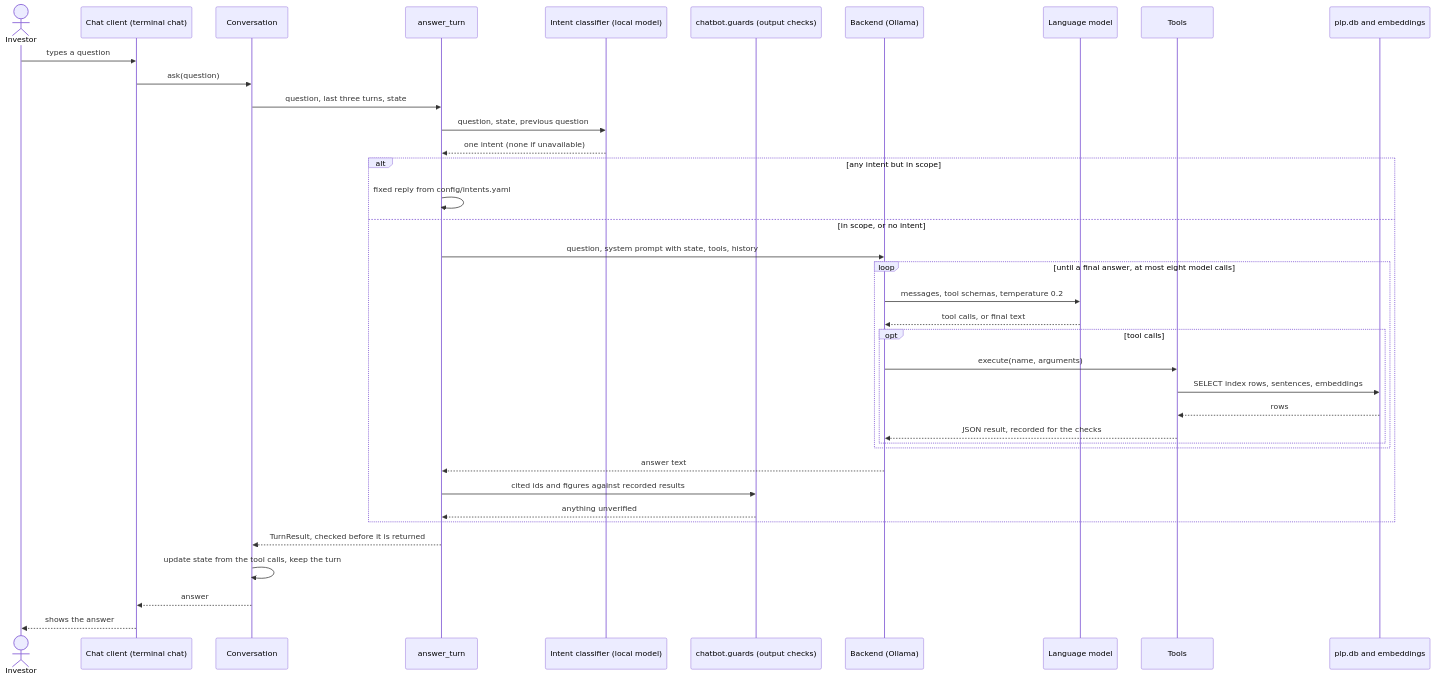
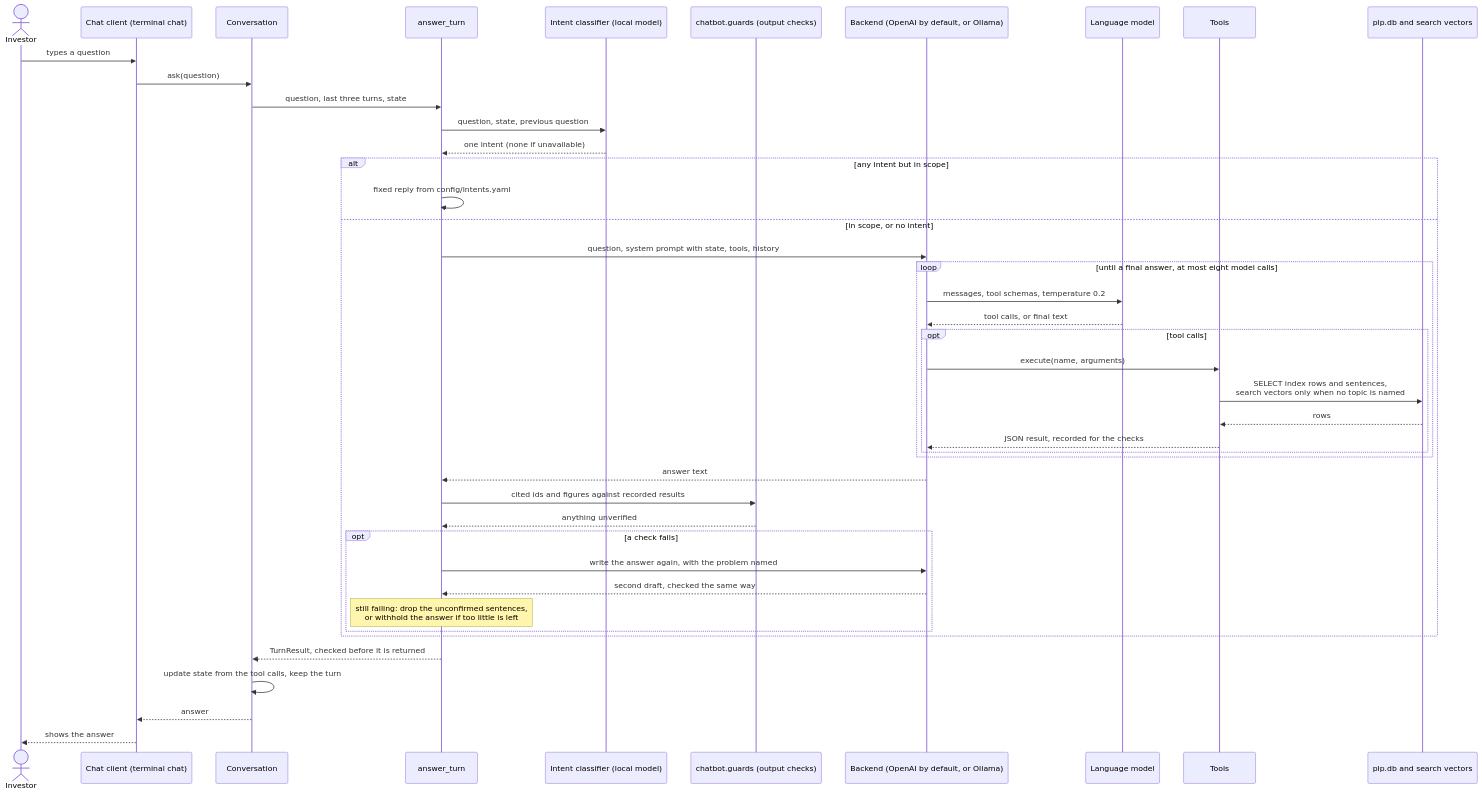
One commit to Gavingyh/plp-project changed the diagram in docs/diagrams/08-chatbot-sequence.md. Above: the diagram before and after it, drawn with Mermaid. The commit also changed other lines of this file and 124 other files, not shown here.

````diff
--- a/docs/diagrams/08-chatbot-sequence.md
+++ b/docs/diagrams/08-chatbot-sequence.md
@@ -7,44 +7,49 @@
 ```mermaid
 sequenceDiagram
   accTitle: Chatbot sequence from a chat client
-  accDescr: The chat client hands the question to the conversation, which asks a local intent classifier first, then runs the model's tool loop against the database, then the output checks, and updates its state.
+  accDescr: The chat client hands the question to the conversation, which asks a local intent classifier first, then runs the model's tool loop against the database, then the output checks; a draft that fails is written again, then trimmed, before the conversation updates its state.
 
   actor user as Investor
   participant ui as Chat client (terminal chat)
   participant conv as Conversation
   participant turn as answer_turn
   participant ic as Intent classifier (local model)
   participant g as chatbot.guards (output checks)
-  participant be as Backend (Ollama)
+  participant be as Backend (OpenAI by default, or Ollama)
   participant llm as Language model
   participant tools as Tools
-  participant db as plp.db and embeddings
+  participant db as plp.db and search vectors
 
   user->>ui: types a question
   ui->>conv: ask(question)
   conv->>turn: question, last three turns, state
   turn->>ic: question, state, previous question
   ic-->>turn: one intent (none if unavailable)
   alt any intent but in scope
     turn->>turn: fixed reply from config/intents.yaml
   else in scope, or no intent
     turn->>be: question, system prompt with state, tools, history
     loop until a final answer, at most eight model calls
       be->>llm: messages, tool schemas, temperature 0.2
       llm-->>be: tool calls, or final text
       opt tool calls
         be->>tools: execute(name, arguments)
-        tools->>db: SELECT index rows, sentences, embeddings
+        tools->>db: SELECT index rows and sentences,<br/>search vectors only when no topic is named
         db-->>tools: rows
         tools-->>be: JSON result, recorded for the checks
       end
     end
     be-->>turn: answer text
     turn->>g: cited ids and figures against recorded results
     g-->>turn: anything unverified
+    opt a check fails
+      turn->>be: write the answer again, with the problem named
+      be-->>turn: second draft, checked the same way
+      Note over turn: still failing: drop the unconfirmed sentences,<br/>or withhold the answer if too little is left
+    end
   end
   turn-->>conv: TurnResult, checked before it is returned
   conv->>conv: update state from the tool calls, keep the turn
   conv-->>ui: answer
   ui-->>user: shows the answer
 ```
````
